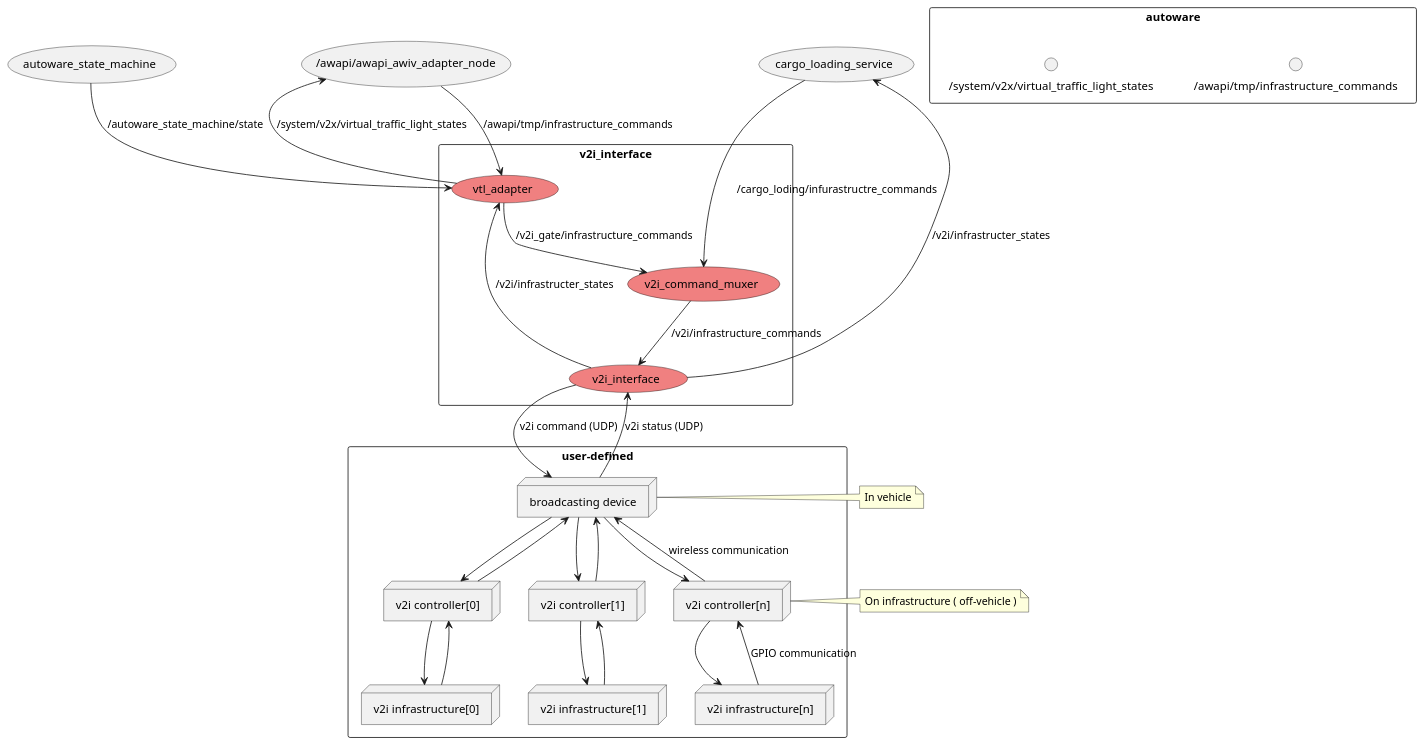
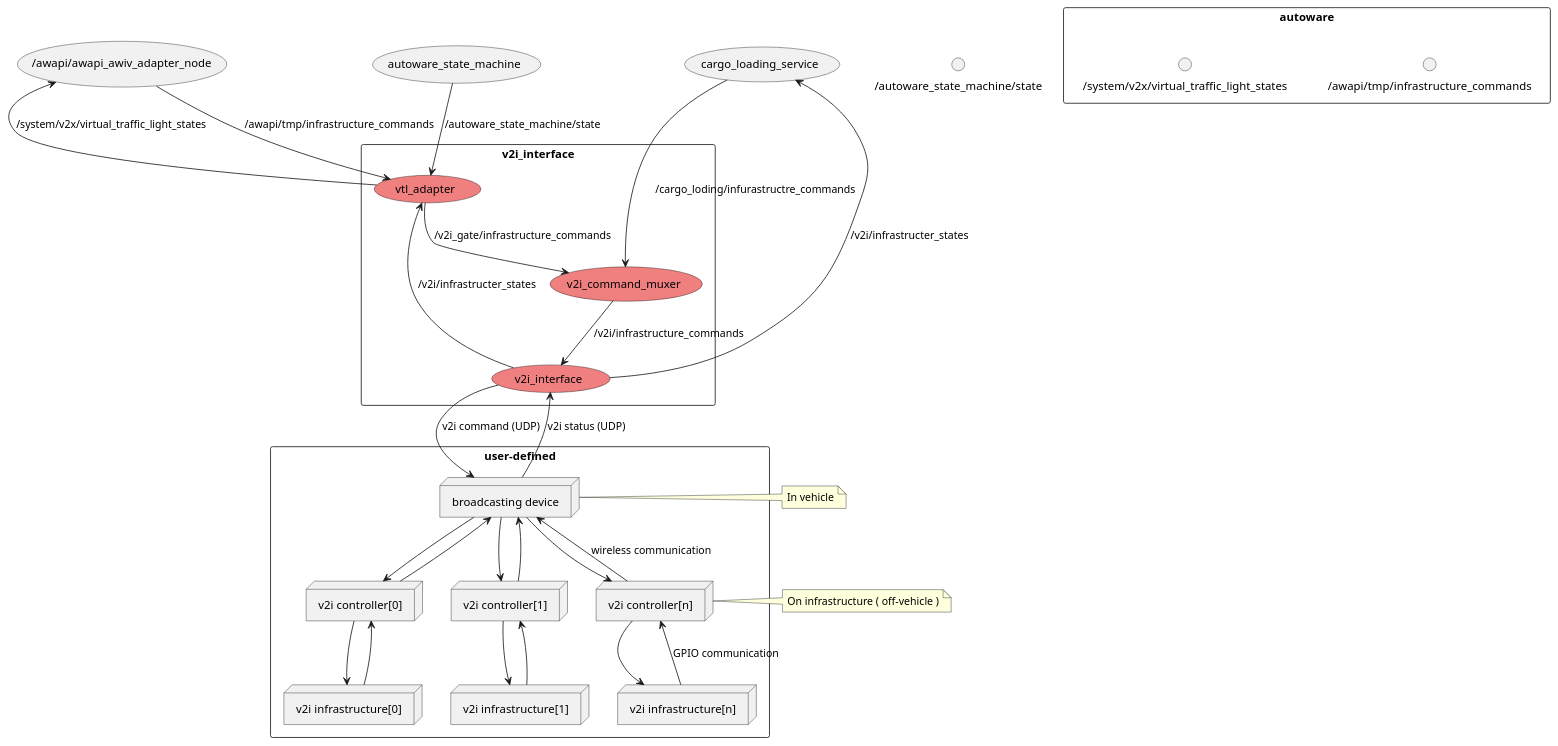
Before and after one commit to sfukuta/v2i_interface: the diagram in docs/node_graph_internal_spec.pu, drawn with PlantUML.

```diff
--- a/docs/node_graph_internal_spec.pu
+++ b/docs/node_graph_internal_spec.pu
@@ -1,54 +1,54 @@
 @startuml
 
 rectangle autoware {
   interface "/awapi/tmp/infrastructure_commands"
   interface "/system/v2x/virtual_traffic_light_states"
 }
-usecase "autoware_state_machine"
+interface "/autoware_state_machine/state"
 rectangle "v2i_interface" as v2i {
   usecase "v2i_interface" #LightCoral
   usecase "v2i_command_muxer" #LightCoral
   usecase "vtl_adapter" #LightCoral
 } 
 rectangle user-defined {
   node "broadcasting device"
   node "v2i controller[0]" as v2ictl_0
   node "v2i controller[1]" as v2ictl_1
   node "v2i controller[n]" as v2ictl_n
   node "v2i infrastructure[0]" as v2ihw_0
   node "v2i infrastructure[1]" as v2ihw_1
   node "v2i infrastructure[n]" as v2ihw_n
 }
 usecase "cargo_loading_service"
 
 (/awapi/awapi_awiv_adapter_node) --> (vtl_adapter) : /awapi/tmp/infrastructure_commands
 (/awapi/awapi_awiv_adapter_node) <-- (vtl_adapter) : /system/v2x/virtual_traffic_light_states
 (autoware_state_machine) --> (vtl_adapter) : /autoware_state_machine/state
 (cargo_loading_service) ---> (v2i_command_muxer) : /cargo_loding/infurastructre_commands
 (vtl_adapter) --> (v2i_command_muxer) : /v2i_gate/infrastructure_commands
 (v2i_command_muxer) --> (v2i_interface) : /v2i/infrastructure_commands
 (vtl_adapter) <-- (v2i_interface) :/v2i/infrastructer_states
 (cargo_loading_service) <-- (v2i_interface) :/v2i/infrastructer_states
 (v2i_interface) --> (broadcasting device) : v2i command (UDP)
 (v2i_interface) <-- (broadcasting device) : v2i status (UDP)
 (broadcasting device) --> (v2ictl_0)
 (broadcasting device) <-- (v2ictl_0)
 (broadcasting device) --> (v2ictl_1)
 (broadcasting device) <-- (v2ictl_1)
 (broadcasting device) --> (v2ictl_n)
 (broadcasting device) <-- (v2ictl_n) : wireless communication
 
 (v2ictl_0) -[hidden] (v2ictl_1)
 (v2ictl_1) -[hidden] (v2ictl_n)
 
 (v2ictl_0) --> (v2ihw_0)
 (v2ictl_0) <-- (v2ihw_0)
 (v2ictl_1) --> (v2ihw_1)
 (v2ictl_1) <-- (v2ihw_1)
 (v2ictl_n) --> (v2ihw_n)
 (v2ictl_n) <-- (v2ihw_n) : GPIO communication
 
 note right of "broadcasting device" : In vehicle
 note right of v2ictl_n : On infrastructure ( off-vehicle )
 
 @enduml
```
